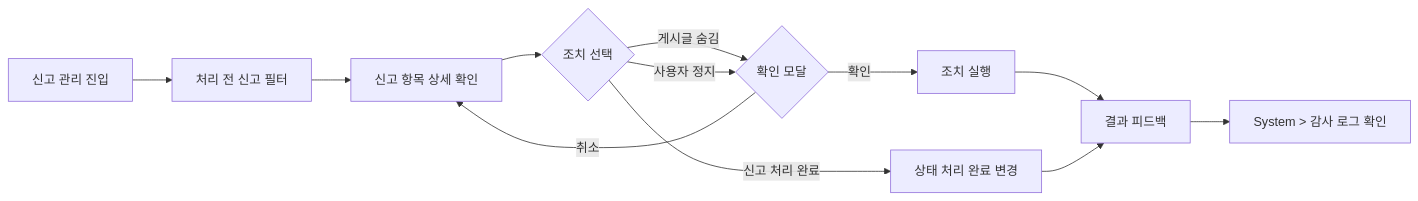
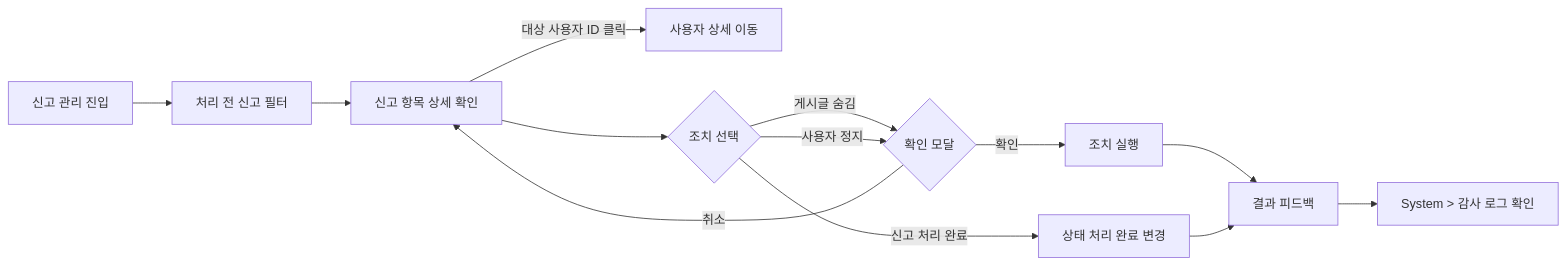
Before and after one commit to blackstarzck/topik-ai: the fourth of 8 diagrams in docs/specs/admin-page-flows-mermaid.md, drawn with Mermaid. The commit also changed other lines of this file and 47 other files, not shown here.

````diff
--- a/docs/specs/admin-page-flows-mermaid.md
+++ b/docs/specs/admin-page-flows-mermaid.md
@@ -81,14 +80,15 @@
 ```mermaid
 flowchart LR
   A[신고 관리 진입] --> B[처리 전 신고 필터]
   B --> C[신고 항목 상세 확인]
+  C -->|대상 사용자 ID 클릭| J[사용자 상세 이동]
   C --> D{조치 선택}
   D -->|게시글 숨김| E{확인 모달}
   D -->|사용자 정지| E
   D -->|신고 처리 완료| F[상태 처리 완료 변경]
   E -->|확인| G[조치 실행]
   E -->|취소| C
   G --> H[결과 피드백]
   F --> H
   H --> I[System > 감사 로그 확인]
 ```
````
